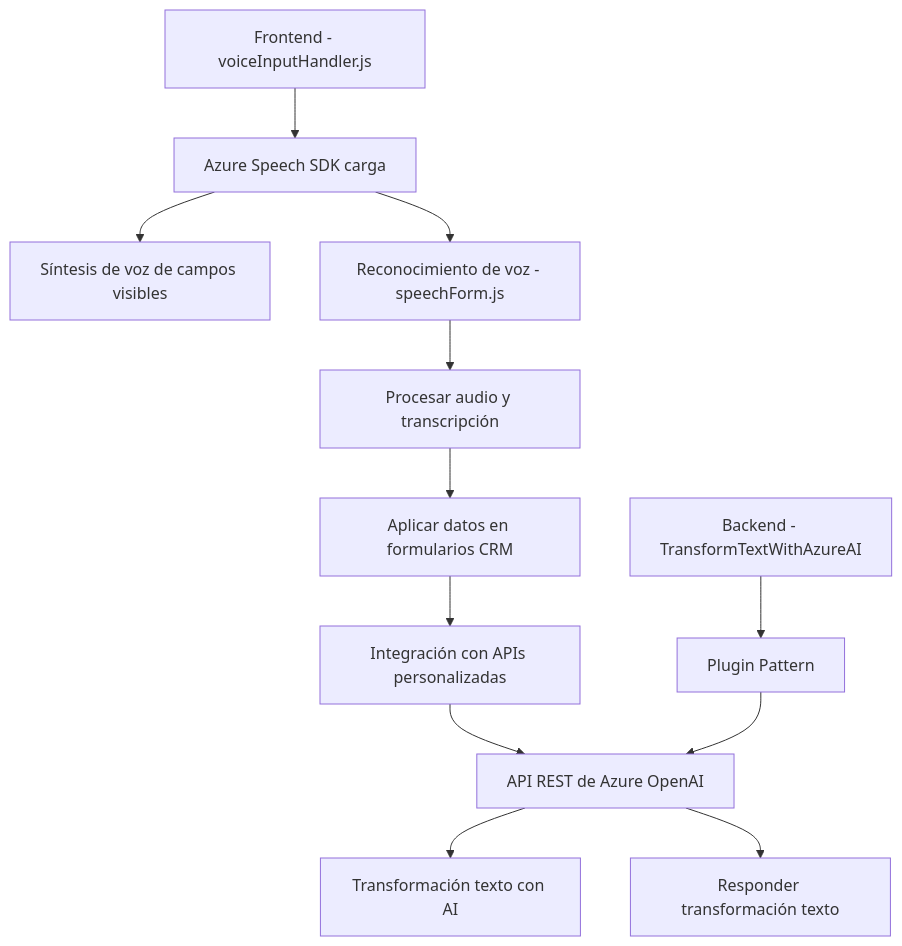
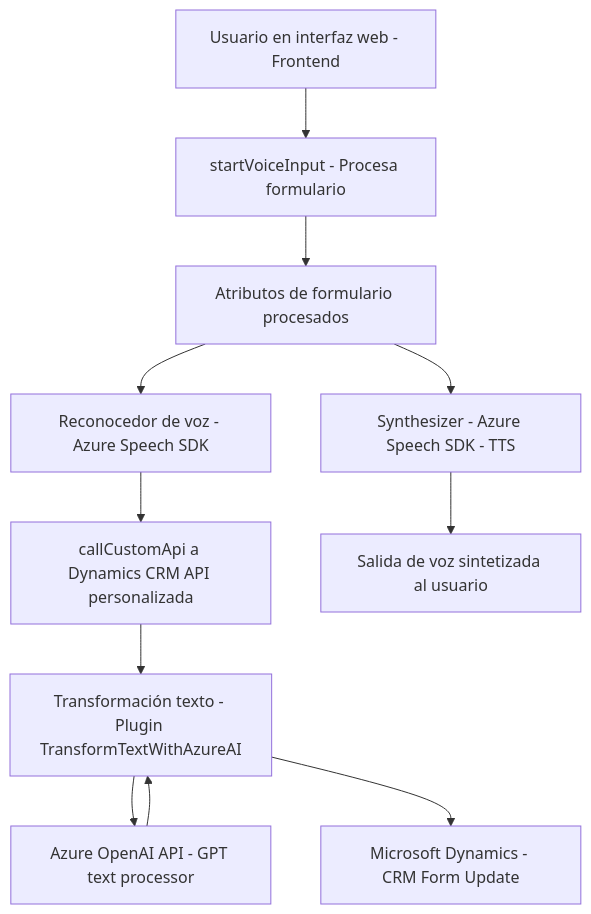
One commit to blopezdm/NETCORE_BILBAO2025 changed the diagram in README.md. Above: the diagram before and after it, drawn with Mermaid. The commit also changed other lines of this file, not shown here.

Commit message:
Actualizar análisis global de la solución con IA

````diff
--- a/README.md
+++ b/README.md
@@ -55,15 +38,24 @@
 ```mermaid
 graph TD
-    A[Frontend - voiceInputHandler.js] --> B[Azure Speech SDK carga]
-    B --> C["Síntesis de voz de campos visibles"]
-    B --> D["Reconocimiento de voz - speechForm.js"]
-    D --> E["Procesar audio y transcripción"]
-    E --> F["Aplicar datos en formularios CRM"]
-    F --> G["Integración con APIs personalizadas"]
-    G --> H[API REST de Azure OpenAI]
-    H --> I["Transformación texto con AI"]
-    
-    J[Backend - TransformTextWithAzureAI] --> K[Plugin Pattern]
-    K --> H
-    H --> L["Responder transformación texto"]
+    Start["Usuario en interfaz web - Frontend"]
+    A["startVoiceInput - Procesa formulario"]
+    B["Synthesizer - Azure Speech SDK - TTS"]
+    C["Atributos de formulario procesados"]
+    D["Reconocedor de voz - Azure Speech SDK"]
+    E["callCustomApi a Dynamics CRM API personalizada"]
+    F["Transformación texto - Plugin TransformTextWithAzureAI"]
+    G["Azure OpenAI API - GPT text processor"]
+    H["Microsoft Dynamics - CRM Form Update"]
+    I["Salida de voz sintetizada al usuario"]
+
+    Start --> A
+    A --> C
+    C --> B
+    C --> D
+    D --> E
+    E --> F
+    F --> G
+    G --> F
+    F --> H
+    B --> I
 ```
````
